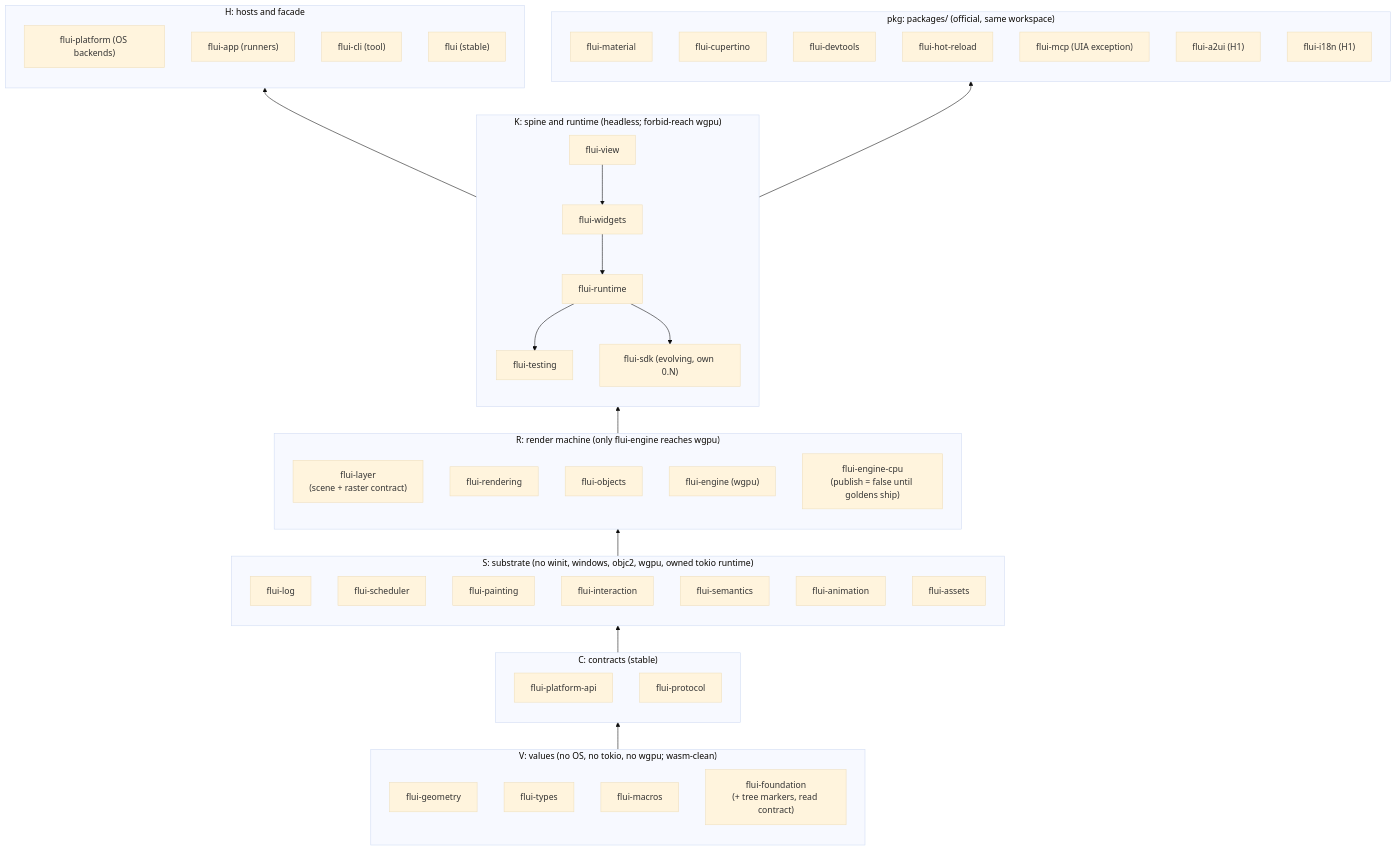
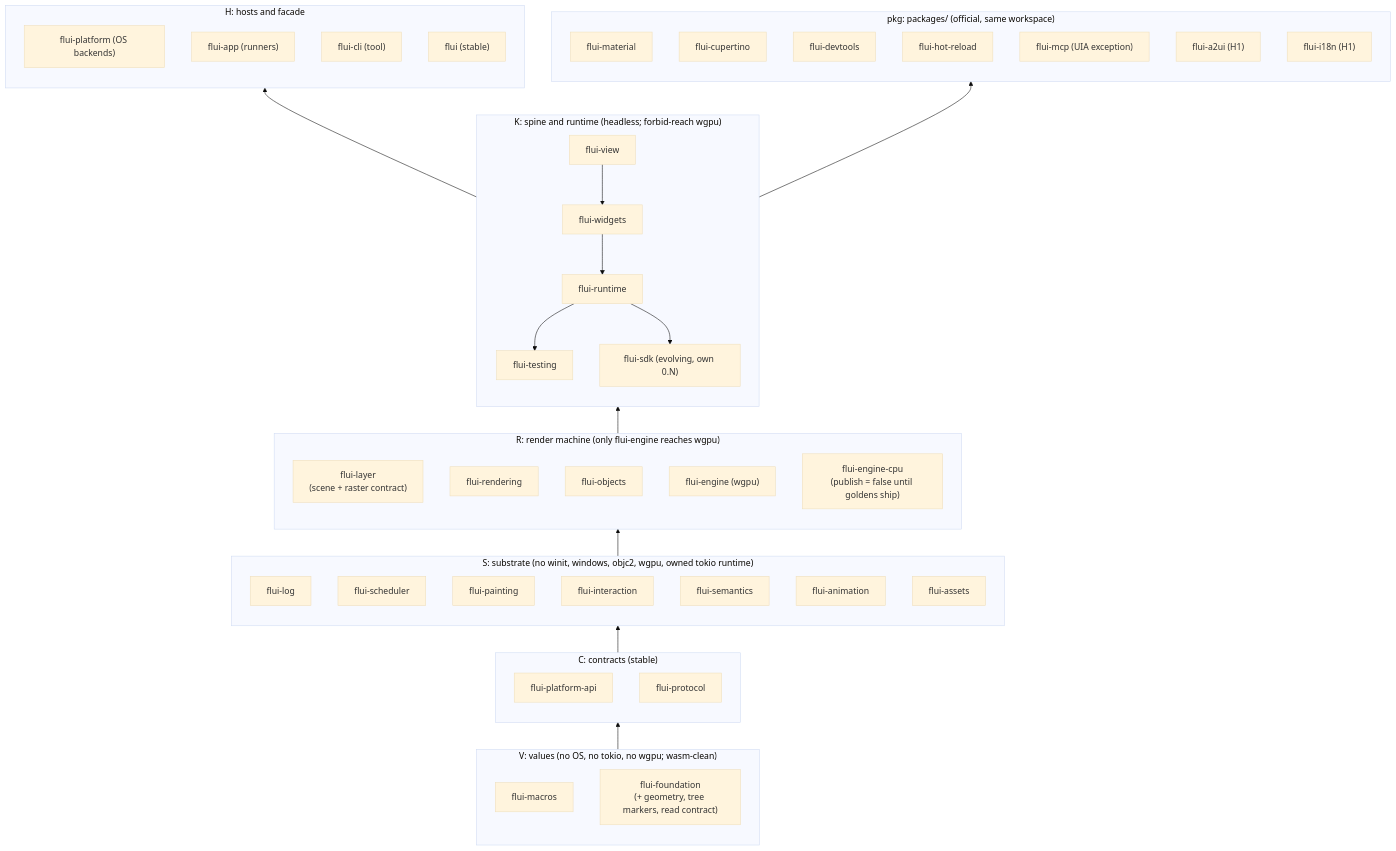
One commit to vanyastaff/flui changed the diagram in design/architecture.md. Above: the diagram before and after it, drawn with Mermaid (base theme). The commit also changed other lines of this file and 27 other files, not shown here.

````diff
--- a/design/architecture.md
+++ b/design/architecture.md
@@ -137,27 +138,27 @@
 ```mermaid
 flowchart BT
   subgraph V["V: values (no OS, no tokio, no wgpu; wasm-clean)"]
-    geometry[flui-geometry]; types[flui-types]; macros[flui-macros]; foundation["flui-foundation<br/>(+ tree markers, read contract)"]
+    macros[flui-macros]; foundation["flui-foundation<br/>(+ geometry, tree markers, read contract)"]
   end
   subgraph C["C: contracts (stable)"]
     papi[flui-platform-api]; proto[flui-protocol]
   end
   subgraph S["S: substrate (no winit, windows, objc2, wgpu, owned tokio runtime)"]
     log[flui-log]; sched[flui-scheduler]; paint[flui-painting]; inter[flui-interaction]; sem[flui-semantics]; anim[flui-animation]; assets[flui-assets]
   end
   subgraph R["R: render machine (only flui-engine reaches wgpu)"]
     layer["flui-layer<br/>(scene + raster contract)"]; rend[flui-rendering]; obj[flui-objects]; eng["flui-engine (wgpu)"]; cpu["flui-engine-cpu<br/>(publish = false until goldens ship)"]
   end
   subgraph K["K: spine and runtime (headless; forbid-reach wgpu)"]
     view[flui-view] --> widgets[flui-widgets] --> runtime[flui-runtime] --> testing[flui-testing]
     runtime --> sdk["flui-sdk (evolving, own 0.N)"]
   end
   subgraph H["H: hosts and facade"]
     platform["flui-platform (OS backends)"]; app["flui-app (runners)"]; cli["flui-cli (tool)"]; facade["flui (stable)"]
   end
   subgraph P["pkg: packages/ (official, same workspace)"]
     material[flui-material]; cupertino[flui-cupertino]; devtools[flui-devtools]; hot[flui-hot-reload]; mcp["flui-mcp (UIA exception)"]; a2ui["flui-a2ui (H1)"]; i18n["flui-i18n (H1)"]
   end
   V --> C --> S --> R --> K --> H
   K --> P
 ```
````
